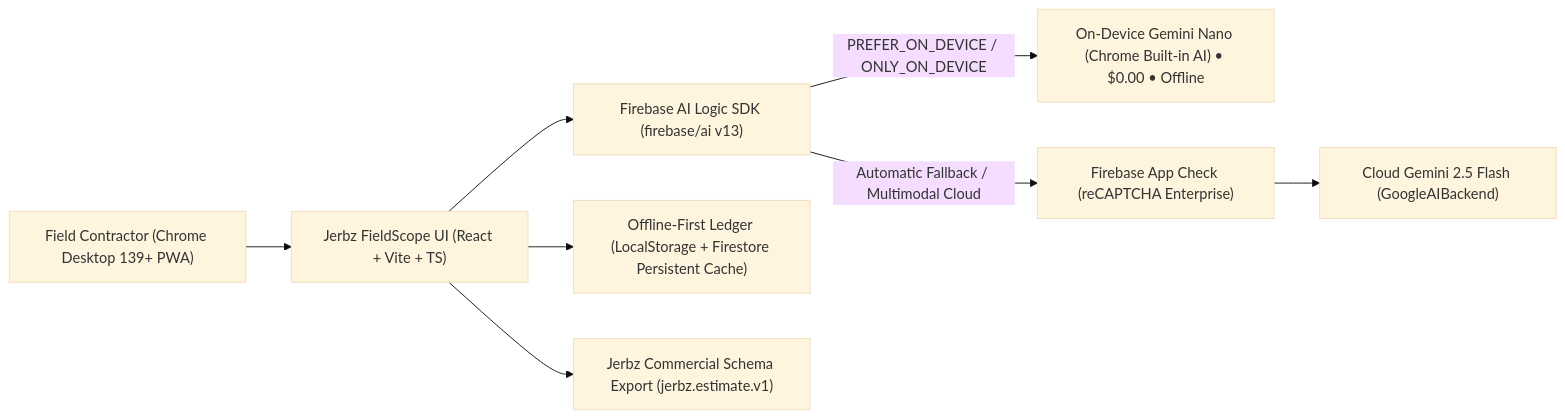
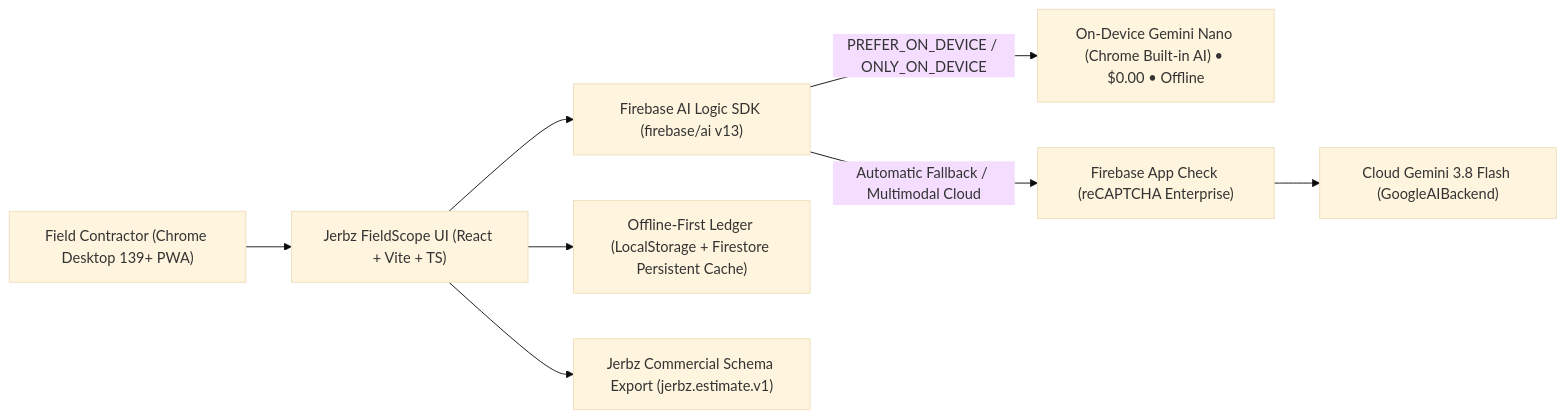
Before and after one commit to chillaxitudemedia/jerbz-hybrid-estimator: the diagram in README.md, drawn with Mermaid (base theme). The commit also changed other lines of this file and 2 other files, not shown here.

Commit message:
Update default Cloud Gemini fallback model to gemini-3.8-flash

````diff
--- a/README.md
+++ b/README.md
@@ -30,10 +30,10 @@
 ```mermaid
 flowchart LR
   User["Field Contractor (Chrome Desktop 139+ PWA)"] --> UI["Jerbz FieldScope UI (React + Vite + TS)"]
   UI --> SDK["Firebase AI Logic SDK (firebase/ai v13)"]
   SDK -- "PREFER_ON_DEVICE / ONLY_ON_DEVICE" --> Nano["On-Device Gemini Nano (Chrome Built-in AI) • $0.00 • Offline"]
   SDK -- "Automatic Fallback / Multimodal Cloud" --> AppCheck["Firebase App Check (reCAPTCHA Enterprise)"]
-  AppCheck --> Cloud["Cloud Gemini 2.5 Flash (GoogleAIBackend)"]
+  AppCheck --> Cloud["Cloud Gemini 3.8 Flash (GoogleAIBackend)"]
   UI --> Store["Offline-First Ledger (LocalStorage + Firestore Persistent Cache)"]
   UI --> Export["Jerbz Commercial Schema Export (jerbz.estimate.v1)"]
 ```
````
